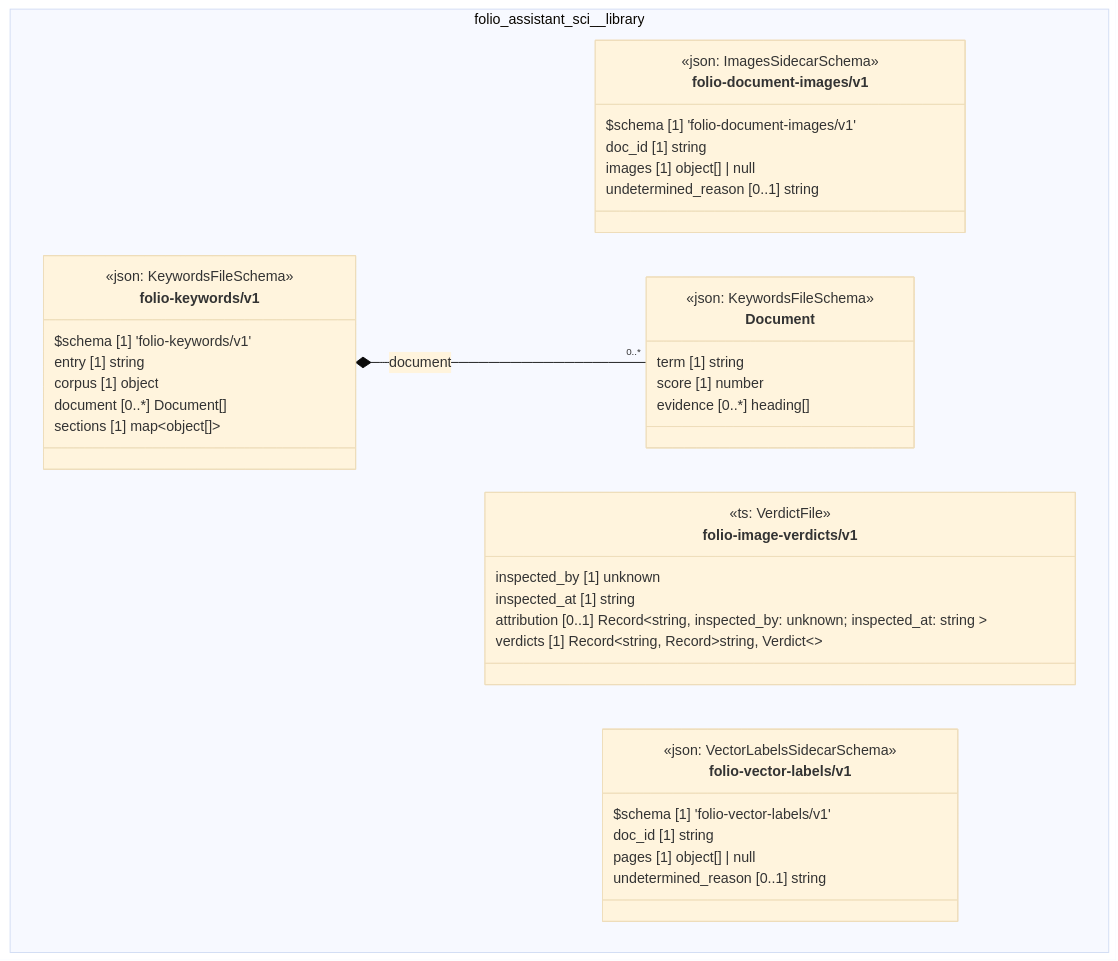
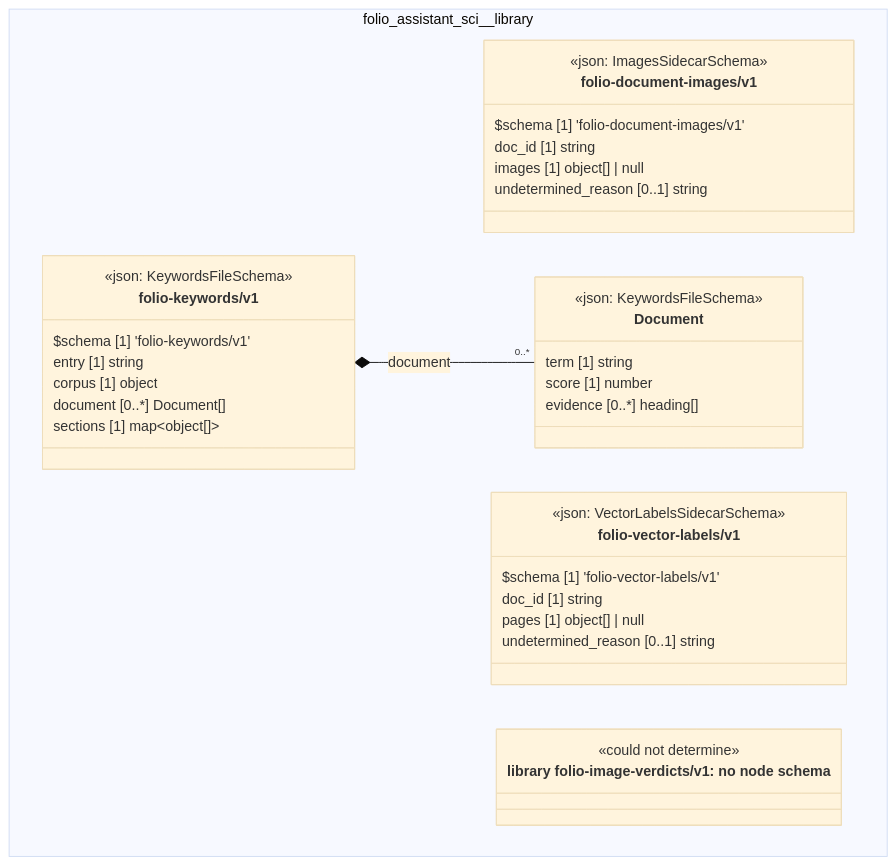
One commit to litlfred/cat-harness changed the diagram in docs/uml/overview/folio-assistant-sci/library.md. Above: the diagram before and after it, drawn with Mermaid (base theme). The commit also changed other lines of this file and 2545 other files, not shown here.

````diff
--- a/docs/uml/overview/folio-assistant-sci/library.md
+++ b/docs/uml/overview/folio-assistant-sci/library.md
@@ -47,47 +47,44 @@
 ```mermaid
 classDiagram
   direction TB
   namespace folio_assistant_sci__library {
     class folio_assistant_sci_library_folio_document_images_v1_folio_document_images_v1["folio-document-images/v1"] {
       <<json: ImagesSidecarSchema>>
       $schema [1] 'folio-document-images/v1'
       doc_id [1] string
       images [1] object[] | null
       undetermined_reason [0..1] string
-    }
-    class folio_assistant_sci_library_folio_image_verdicts_v1["folio-image-verdicts/v1"] {
-      <<ts: VerdictFile>>
-      inspected_by [1] unknown
-      inspected_at [1] string
-      attribution [0..1] Record~string,  inspected_by: unknown; inspected_at: string ~
-      verdicts [1] Record~string, Record~string, Verdict~~
     }
     class folio_assistant_sci_library_folio_vector_labels_v1_folio_vector_labels_v1["folio-vector-labels/v1"] {
       <<json: VectorLabelsSidecarSchema>>
       $schema [1] 'folio-vector-labels/v1'
       doc_id [1] string
       pages [1] object[] | null
       undetermined_reason [0..1] string
     }
     class folio_assistant_sci_library_folio_keywords_v1_Document["Document"] {
       <<json: KeywordsFileSchema>>
       term [1] string
       score [1] number
       evidence [0..*] heading[]
     }
     class folio_assistant_sci_library_folio_keywords_v1_folio_keywords_v1["folio-keywords/v1"] {
       <<json: KeywordsFileSchema>>
       $schema [1] 'folio-keywords/v1'
       entry [1] string
       corpus [1] object
       document [0..*] Document[]
       sections [1] map~object[]~
     }
+    class n_folio_assistant_sci_library_library_folio_image_verdicts_v1["library folio-image-verdicts/v1: no node schema"] {
+      <<could not determine>>
+    }
   }
   folio_assistant_sci_library_folio_keywords_v1_folio_keywords_v1 *-- "0..*" folio_assistant_sci_library_folio_keywords_v1_Document : document
   cssClass "folio_assistant_sci_library_folio_document_images_v1_folio_document_images_v1" fa_uml_kind_library
-  cssClass "folio_assistant_sci_library_folio_image_verdicts_v1" fa_uml_kind_library
   cssClass "folio_assistant_sci_library_folio_vector_labels_v1_folio_vector_labels_v1" fa_uml_kind_library
   cssClass "folio_assistant_sci_library_folio_keywords_v1_Document" fa_uml_kind_library
   cssClass "folio_assistant_sci_library_folio_keywords_v1_folio_keywords_v1" fa_uml_kind_library
+  cssClass "n_folio_assistant_sci_library_library_folio_image_verdicts_v1" fa_uml_kind_library_folio_image_verdicts_v1
+  cssClass "n_folio_assistant_sci_library_library_folio_image_verdicts_v1" fa_uml_undetermined
 ```
````
